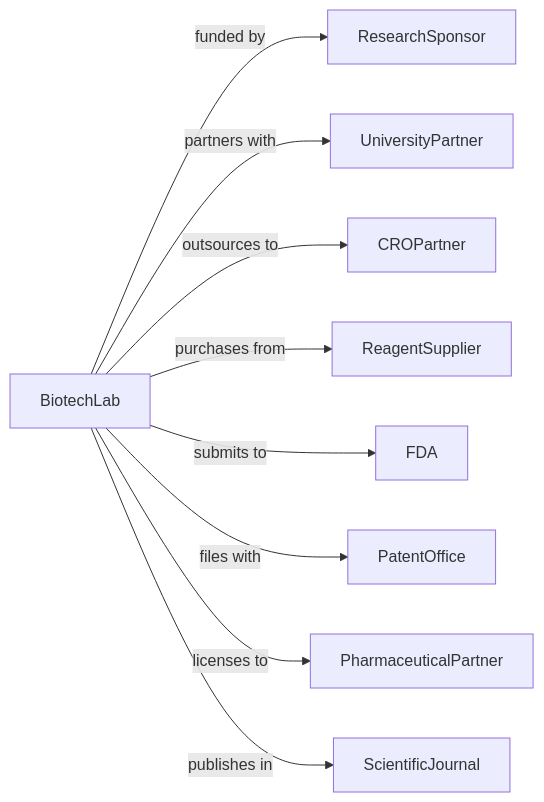
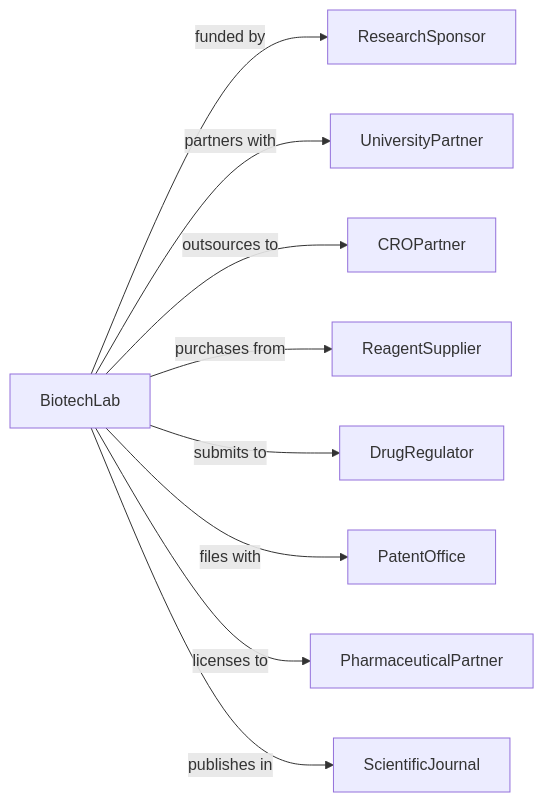
One commit to dot-org-ai/industries.org.ai changed the second of 2 diagrams in Professional/Professional/ScientificResearchAndDevelopmentServices/ResearchAndDevelopmentInBiotechnologyExceptNanobiotechnology.mdx. Above: the diagram before and after it, drawn with Mermaid. The commit also changed other lines of this file and 588 other files, not shown here.

````diff
--- a/Professional/Professional/ScientificResearchAndDevelopmentServices/ResearchAndDevelopmentInBiotechnologyExceptNanobiotechnology.mdx
+++ b/Professional/Professional/ScientificResearchAndDevelopmentServices/ResearchAndDevelopmentInBiotechnologyExceptNanobiotechnology.mdx
@@ -129,13 +129,13 @@
 ```mermaid
 graph LR
     B[BiotechLab]
 
     B -->|funded by| ResearchSponsor
     B -->|partners with| UniversityPartner
     B -->|outsources to| CROPartner
     B -->|purchases from| ReagentSupplier
-    B -->|submits to| FDA
+    B -->|submits to| DrugRegulator
     B -->|files with| PatentOffice
     B -->|licenses to| PharmaceuticalPartner
     B -->|publishes in| ScientificJournal
 ```
````
